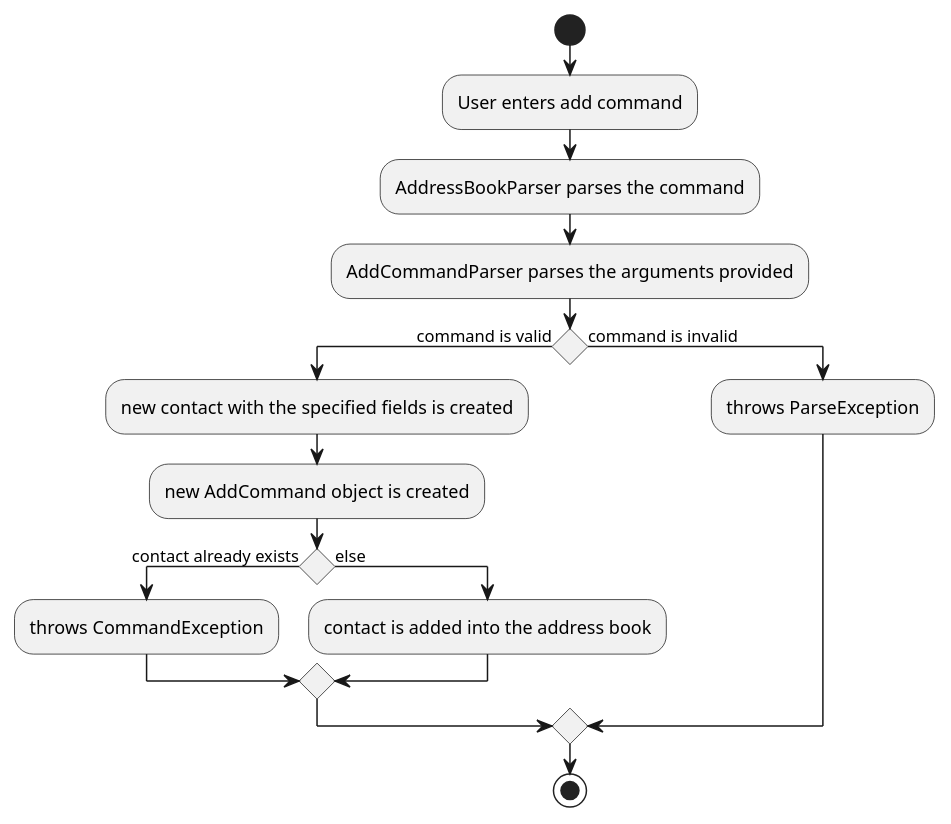
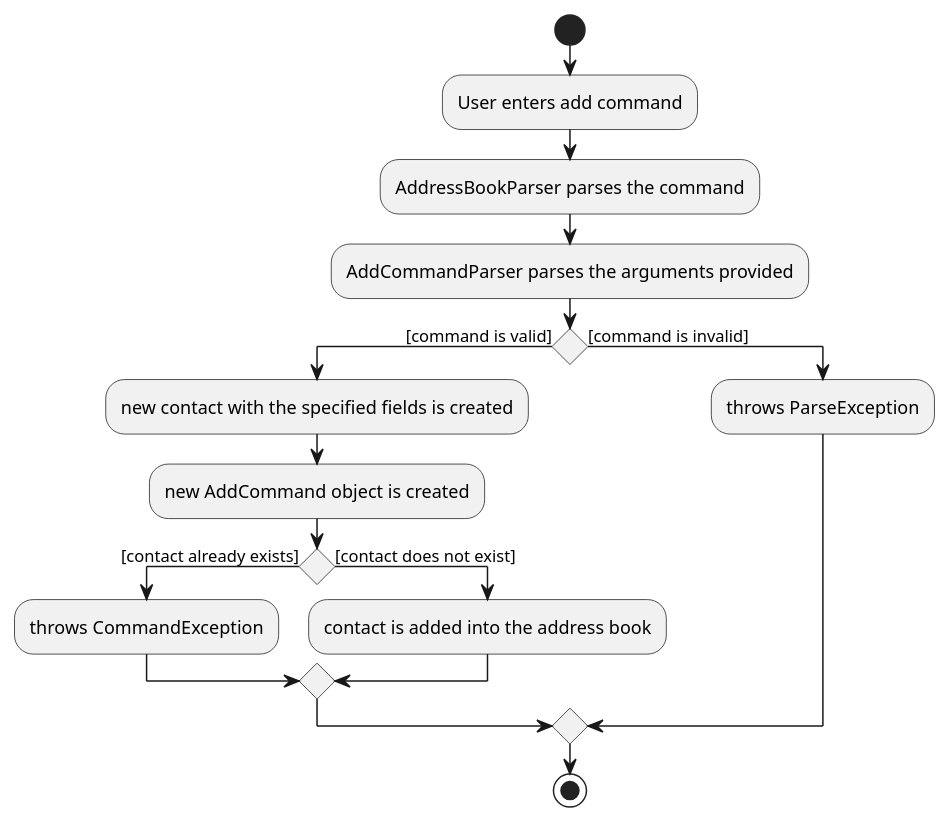
Before and after one commit to pranav-ganesh/tp: the diagram in docs/diagrams/AddActivityDiagram.puml, drawn with PlantUML. The commit also changed 6 other files, not shown here.

```diff
--- a/docs/diagrams/AddActivityDiagram.puml
+++ b/docs/diagrams/AddActivityDiagram.puml
@@ -1,23 +1,23 @@
 @startuml
 'https://plantuml.com/activity-diagram-beta
 
 start
 :User enters add command;
 :AddressBookParser parses the command;
 :AddCommandParser parses the arguments provided;
-if () then (command is valid)
+if () then ([command is valid])
   :new contact with the specified fields is created;
   :new AddCommand object is created;
-  if() then (contact already exists)
+  if() then ([contact already exists])
   :throws CommandException;
-  else (else)
+  else ([contact does not exist])
   :contact is added into the address book;
   endif
-else (command is invalid)
+else ([command is invalid])
   :throws ParseException;
 endif
 
 
 stop
 
 @enduml
```
